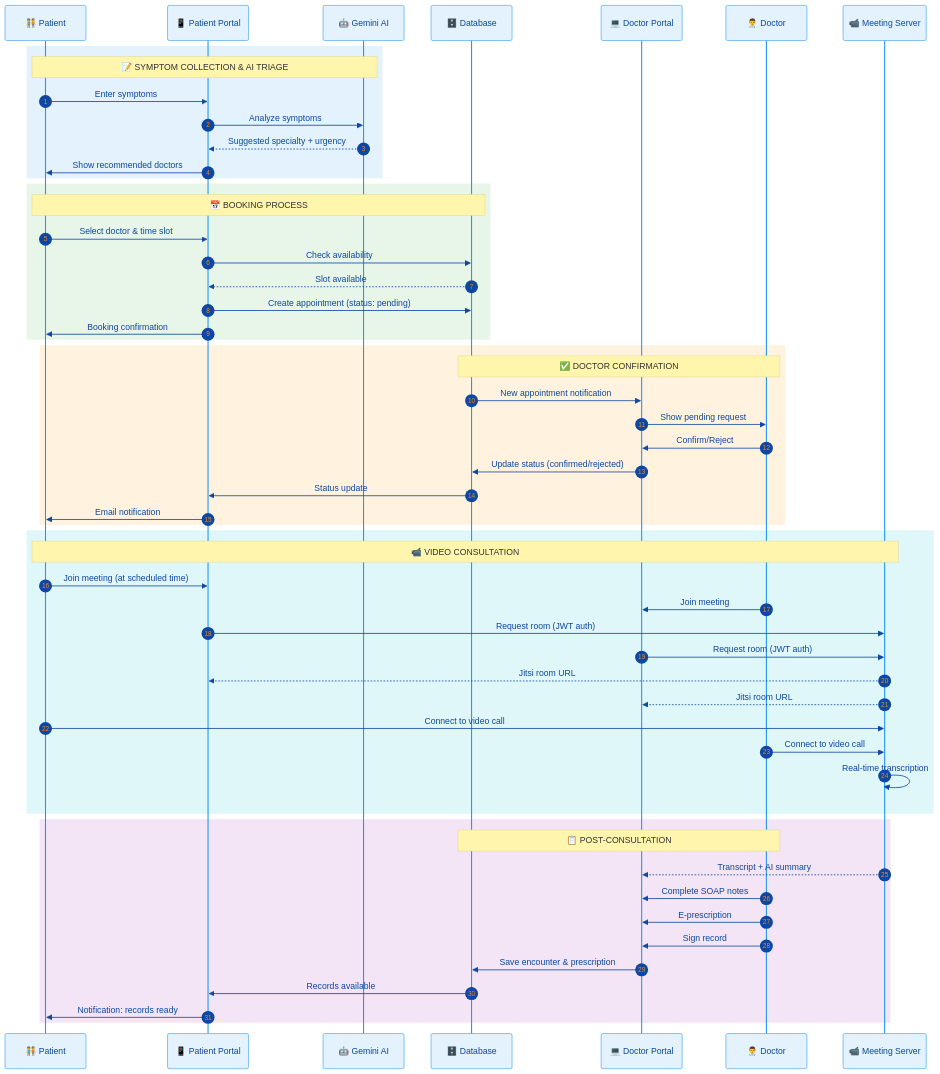
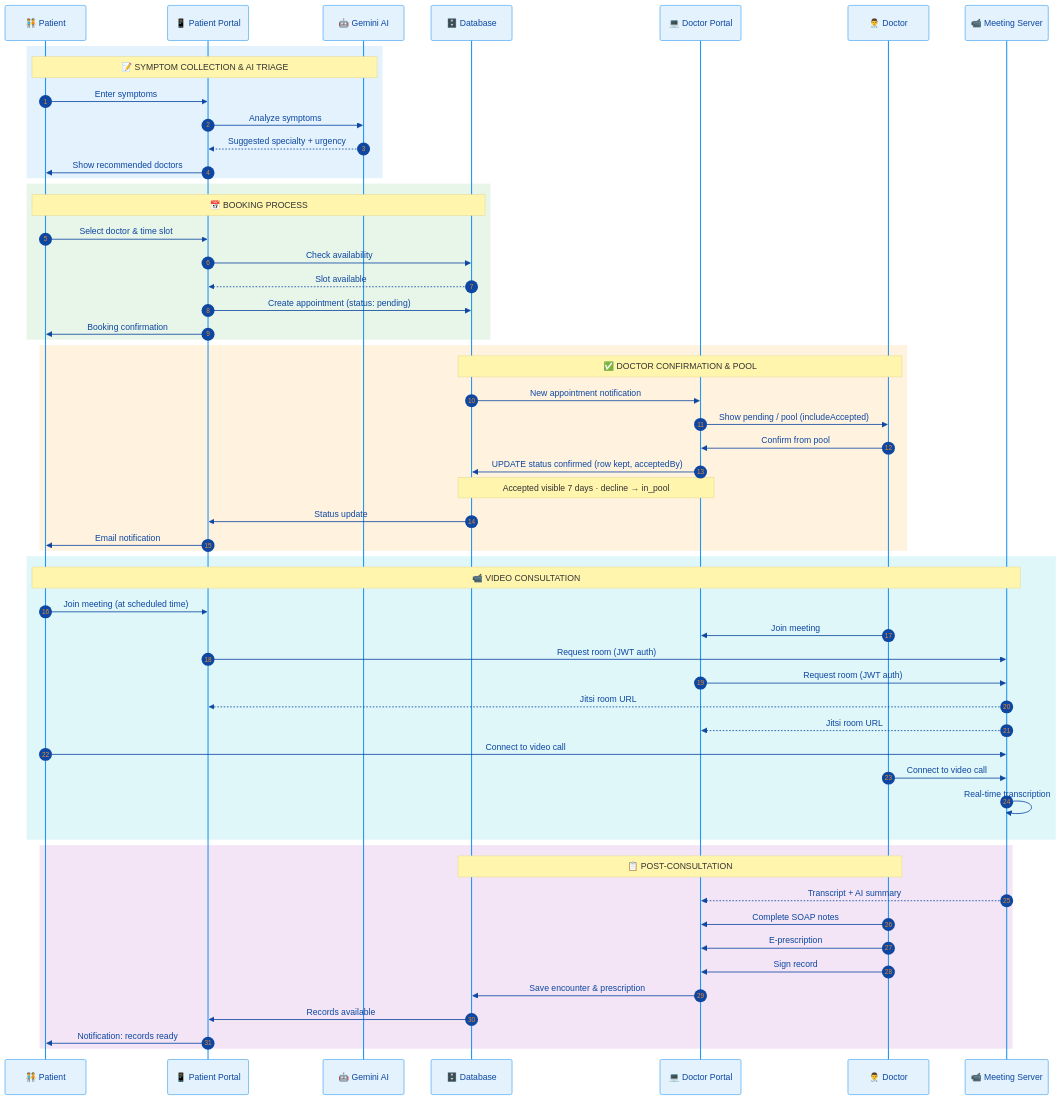
The diagram in Documents/Presentations/diagrams/04-appointment-workflow.mmd (chiraleo2000/Isara-Anywhere), drawn with Mermaid before and after one commit. The commit also changed 470 other files, not shown here.

```diff
--- a/Documents/Presentations/diagrams/04-appointment-workflow.mmd
+++ b/Documents/Presentations/diagrams/04-appointment-workflow.mmd
@@ -1,72 +1,73 @@
 %%{init: {
   'theme': 'base',
   'themeVariables': {
     'primaryColor': '#E3F2FD',
     'primaryTextColor': '#0D47A1',
     'primaryBorderColor': '#2196F3',
     'lineColor': '#1976D2',
     'fontSize': '20px',
     'fontFamily': 'Segoe UI, Arial'
   }
 }}%%
 
 sequenceDiagram
     autonumber
     participant P as 🧑‍🤝‍🧑 Patient
     participant PP as 📱 Patient Portal
     participant AI as 🤖 Gemini AI
     participant DB as 🗄️ Database
     participant DP as 💻 Doctor Portal
     participant D as 👨‍⚕️ Doctor
     participant MS as 📹 Meeting Server
 
     rect rgb(227, 242, 253)
         Note over P,AI: 📝 SYMPTOM COLLECTION & AI TRIAGE
         P->>PP: Enter symptoms
         PP->>AI: Analyze symptoms
         AI-->>PP: Suggested specialty + urgency
         PP->>P: Show recommended doctors
     end
 
     rect rgb(232, 245, 233)
         Note over P,DB: 📅 BOOKING PROCESS
         P->>PP: Select doctor & time slot
         PP->>DB: Check availability
         DB-->>PP: Slot available
         PP->>DB: Create appointment (status: pending)
         PP->>P: Booking confirmation
     end
 
     rect rgb(255, 243, 224)
-        Note over DB,D: ✅ DOCTOR CONFIRMATION
+        Note over DB,D: ✅ DOCTOR CONFIRMATION & POOL
         DB->>DP: New appointment notification
-        DP->>D: Show pending request
-        D->>DP: Confirm/Reject
-        DP->>DB: Update status (confirmed/rejected)
+        DP->>D: Show pending / pool (includeAccepted)
+        D->>DP: Confirm from pool
+        DP->>DB: UPDATE status confirmed (row kept, acceptedBy)
+        Note over DB,DP: Accepted visible 7 days · decline → in_pool
         DB->>PP: Status update
         PP->>P: Email notification
     end
 
     rect rgb(224, 247, 250)
         Note over P,MS: 📹 VIDEO CONSULTATION
         P->>PP: Join meeting (at scheduled time)
         D->>DP: Join meeting
         PP->>MS: Request room (JWT auth)
         DP->>MS: Request room (JWT auth)
         MS-->>PP: Jitsi room URL
         MS-->>DP: Jitsi room URL
         P->>MS: Connect to video call
         D->>MS: Connect to video call
         MS->>MS: Real-time transcription
     end
 
     rect rgb(243, 229, 245)
         Note over D,DB: 📋 POST-CONSULTATION
         MS-->>DP: Transcript + AI summary
         D->>DP: Complete SOAP notes
         D->>DP: E-prescription
         D->>DP: Sign record
         DP->>DB: Save encounter & prescription
         DB->>PP: Records available
         PP->>P: Notification: records ready
     end
```
